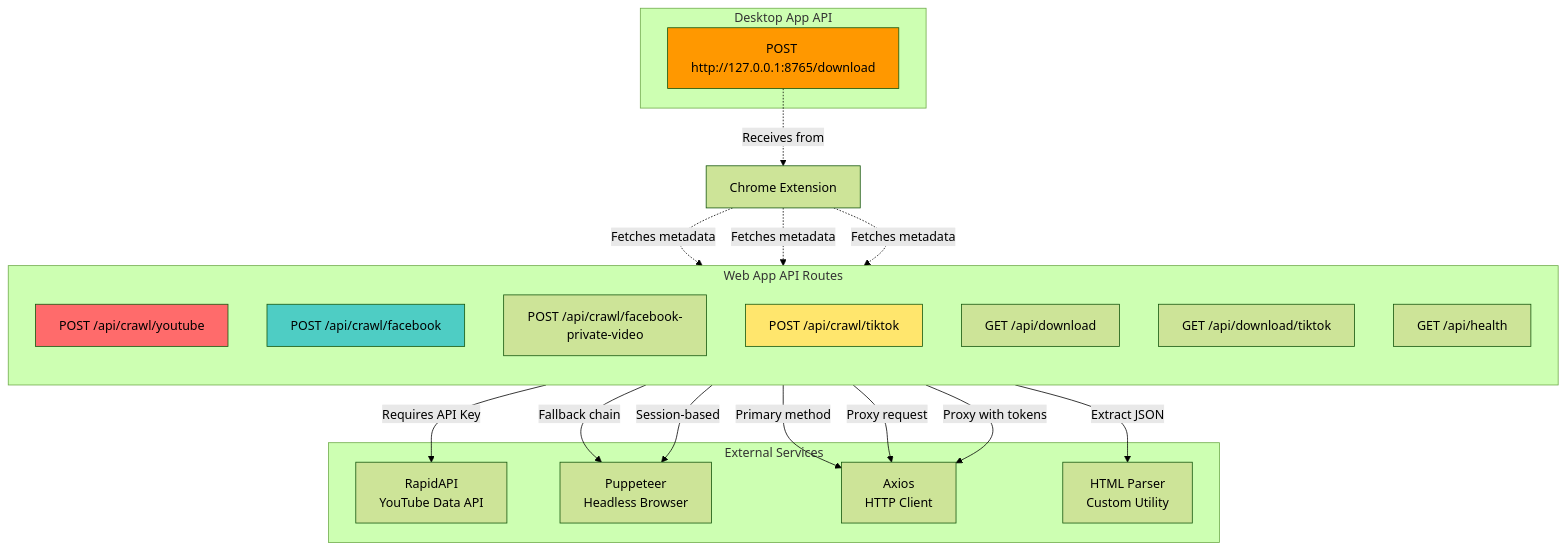
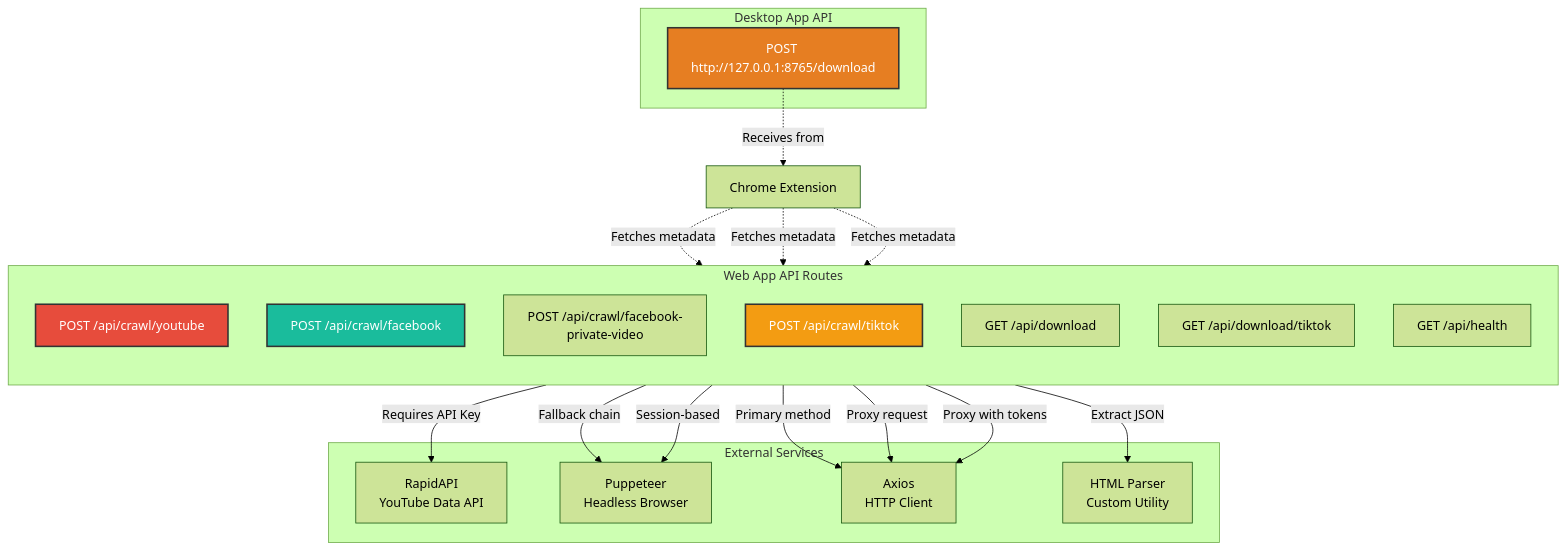
Before and after one commit to lwshakib/flux-video-downloader: the seventh of 14 diagrams in README.md, drawn with Mermaid (forest theme). The commit also changed other lines of this file, not shown here.

First line of the commit message:
style: update README diagrams with improved color schemes and stroke properties

````diff
--- a/README.md
+++ b/README.md
@@ -519,42 +519,42 @@
 ```mermaid
 graph TB
     subgraph "Web App API Routes"
         direction TB
         CrawlYouTube[POST /api/crawl/youtube]
         CrawlFacebook[POST /api/crawl/facebook]
         CrawlPrivateFB[POST /api/crawl/facebook-private-video]
         CrawlTikTok[POST /api/crawl/tiktok]
         DownloadFB[GET /api/download]
         DownloadTikTok[GET /api/download/tiktok]
         Health[GET /api/health]
     end
 
     subgraph "External Services"
         RapidAPI[RapidAPI<br/>YouTube Data API]
         Puppeteer[Puppeteer<br/>Headless Browser]
         Axios[Axios<br/>HTTP Client]
         HTMLParser[HTML Parser<br/>Custom Utility]
     end
 
     subgraph "Desktop App API"
         DesktopDownload[POST http://127.0.0.1:8765/download]
     end
 
     CrawlYouTube -->|Requires API Key| RapidAPI
     CrawlFacebook -->|Fallback chain| Puppeteer
     CrawlFacebook -->|Primary method| Axios
     CrawlPrivateFB -->|Session-based| Puppeteer
     CrawlTikTok -->|Extract JSON| HTMLParser
     DownloadFB -->|Proxy request| Axios
     DownloadTikTok -->|Proxy with tokens| Axios
 
     DesktopDownload -.->|Receives from| Extension[Chrome Extension]
     Extension -.->|Fetches metadata| CrawlYouTube
     Extension -.->|Fetches metadata| CrawlFacebook
     Extension -.->|Fetches metadata| CrawlTikTok
 
-    style CrawlYouTube fill:#FF6B6B
-    style CrawlFacebook fill:#4ECDC4
-    style CrawlTikTok fill:#FFE66D
-    style DesktopDownload fill:#FF9800
+    style CrawlYouTube fill:#E74C3C,stroke:#333,stroke-width:2px,color:#fff
+    style CrawlFacebook fill:#1ABC9C,stroke:#333,stroke-width:2px,color:#fff
+    style CrawlTikTok fill:#F39C12,stroke:#333,stroke-width:2px,color:#fff
+    style DesktopDownload fill:#E67E22,stroke:#333,stroke-width:2px,color:#fff
 ```
````
